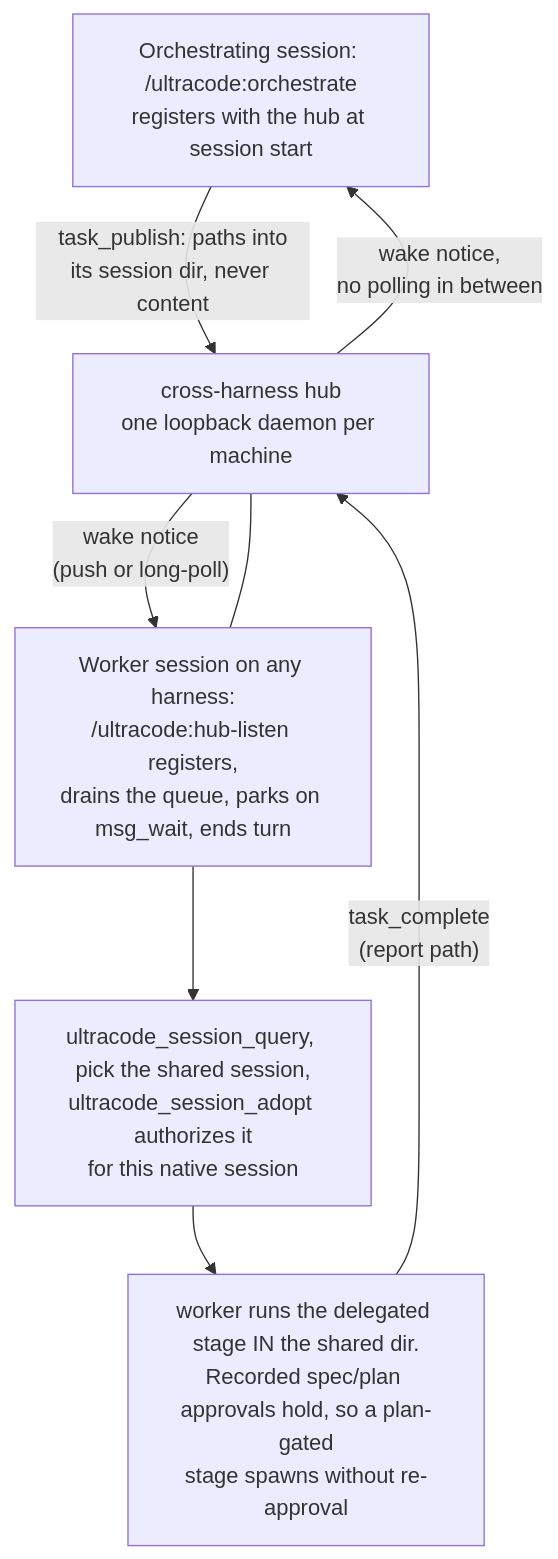
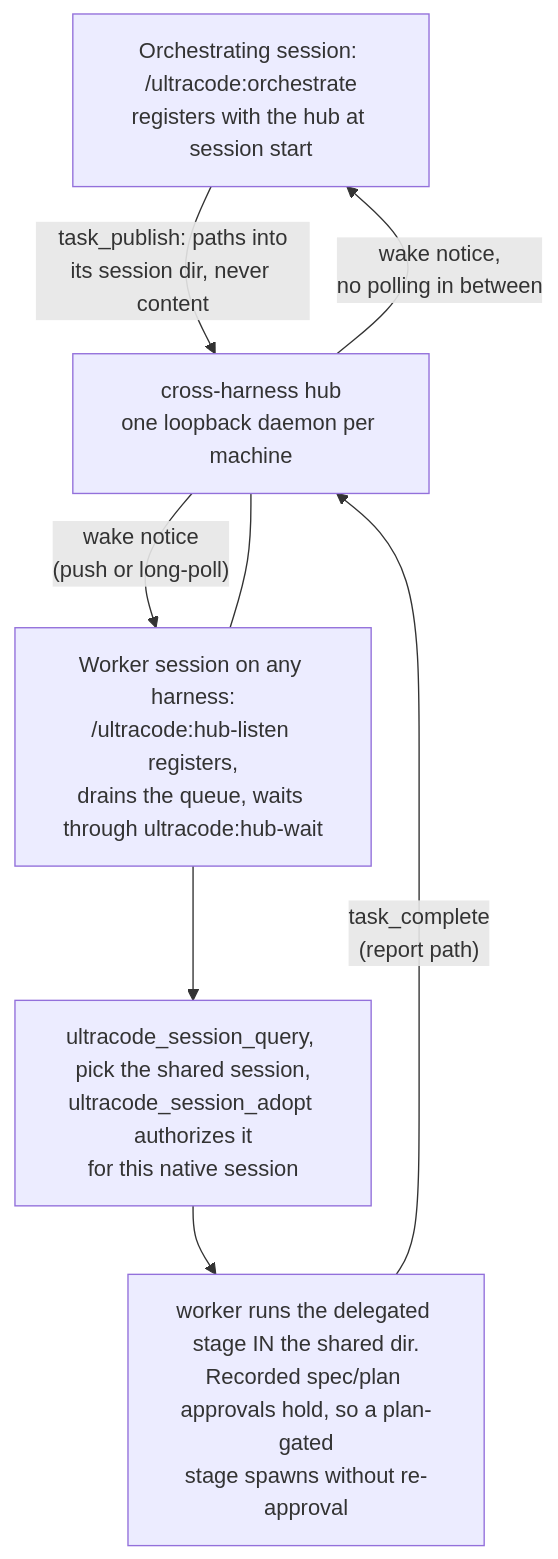
The second of 3 diagrams in README.md (diepquynh/ultracode), drawn with Mermaid before and after one commit. The commit also changed other lines of this file and 21 other files, not shown here.

````diff
--- a/README.md
+++ b/README.md
@@ -174,10 +175,10 @@
 ```mermaid
 flowchart TD
     ORCH["Orchestrating session: /ultracode:orchestrate<br/>registers with the hub at session start"] -- "task_publish: paths into<br/>its session dir, never content" --> HUB["cross-harness hub<br/>one loopback daemon per machine"]
-    WORK["Worker session on any harness:<br/>/ultracode:hub-listen registers,<br/>drains the queue, parks on msg_wait, ends turn"] --- HUB
+    WORK["Worker session on any harness:<br/>/ultracode:hub-listen registers,<br/>drains the queue, waits through ultracode:hub-wait"] --- HUB
     HUB -- "wake notice<br/>(push or long-poll)" --> WORK
     WORK --> ADOPT["ultracode_session_query, pick the shared session,<br/>ultracode_session_adopt authorizes it<br/>for this native session"]
     ADOPT --> RUN["worker runs the delegated stage IN the shared dir.<br/>Recorded spec/plan approvals hold, so a plan-gated<br/>stage spawns without re-approval"]
     RUN -- "task_complete<br/>(report path)" --> HUB
     HUB -- "wake notice,<br/>no polling in between" --> ORCH
 ```
````
